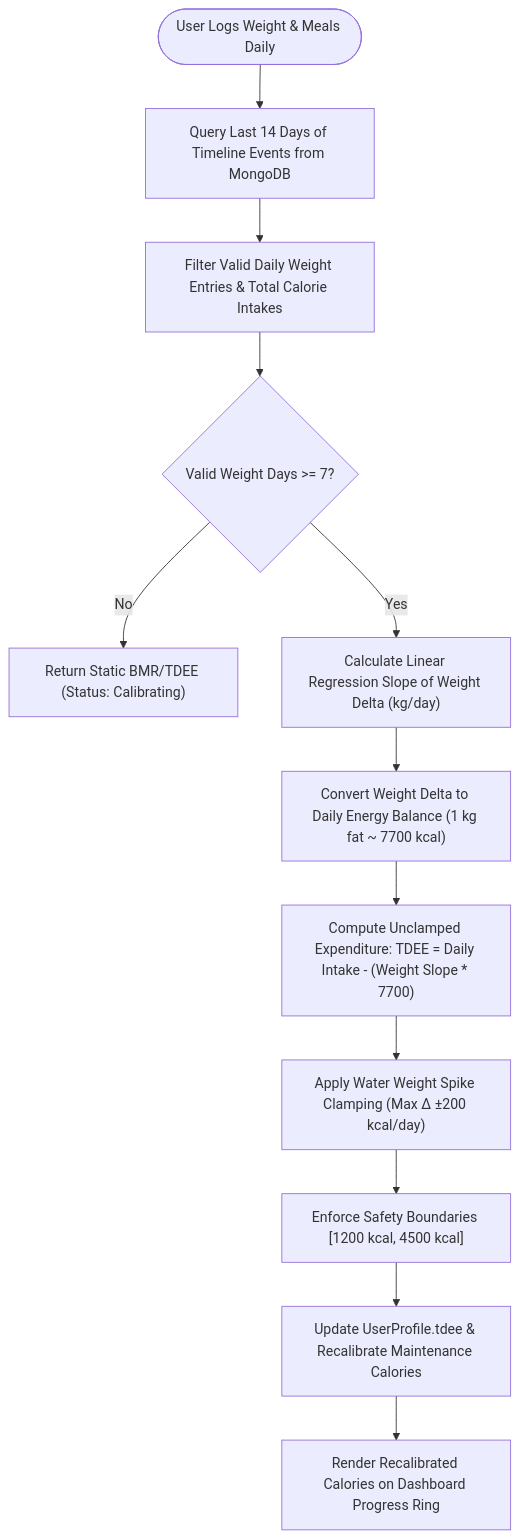
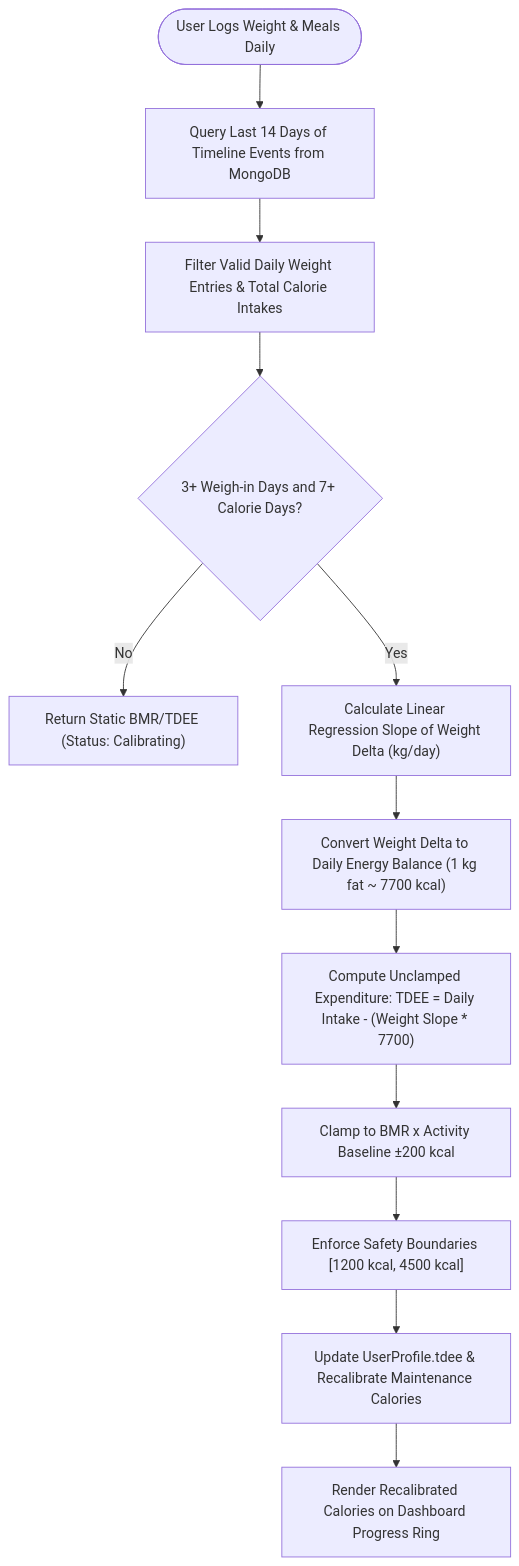
Before and after one commit to AdityaThakur193/HealthOs: the second of 5 diagrams in ARCHITECTURE.md, drawn with Mermaid. The commit also changed other lines of this file and 66 other files, not shown here.

````diff
--- a/ARCHITECTURE.md
+++ b/ARCHITECTURE.md
@@ -56,18 +56,18 @@
 ```mermaid
 flowchart TD
     Start([User Logs Weight & Meals Daily]) --> QueryTimeline["Query Last 14 Days of Timeline Events from MongoDB"]
     QueryTimeline --> FilterData["Filter Valid Daily Weight Entries & Total Calorie Intakes"]
     
-    FilterData --> CheckCount{"Valid Weight Days >= 7?"}
+    FilterData --> CheckCount{"3+ Weigh-in Days and 7+ Calorie Days?"}
     CheckCount -- No --> ReturnBMR["Return Static BMR/TDEE (Status: Calibrating)"]
     
     CheckCount -- Yes --> CalcRegression["Calculate Linear Regression Slope of Weight Delta (kg/day)"]
     CalcRegression --> ConvertEnergy["Convert Weight Delta to Daily Energy Balance (1 kg fat ~ 7700 kcal)"]
     ConvertEnergy --> CalcUnclamped["Compute Unclamped Expenditure: TDEE = Daily Intake - (Weight Slope * 7700)"]
     
-    CalcUnclamped --> ClampSpikes["Apply Water Weight Spike Clamping (Max Δ ±200 kcal/day)"]
+    CalcUnclamped --> ClampSpikes["Clamp to BMR x Activity Baseline ±200 kcal"]
     ClampSpikes --> EnforceBounds["Enforce Safety Boundaries [1200 kcal, 4500 kcal]"]
     
     EnforceBounds --> UpdateProfile["Update UserProfile.tdee & Recalibrate Maintenance Calories"]
     UpdateProfile --> OutputHUD["Render Recalibrated Calories on Dashboard Progress Ring"]
 ```
````
